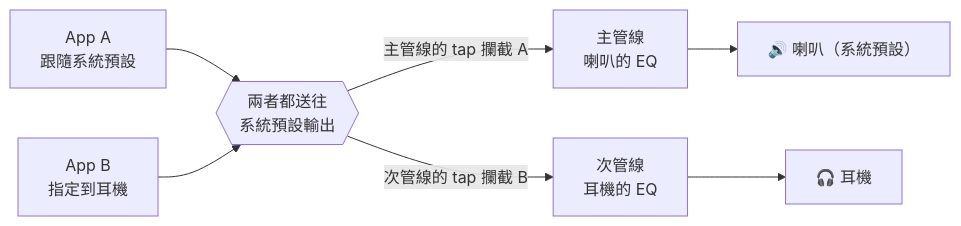
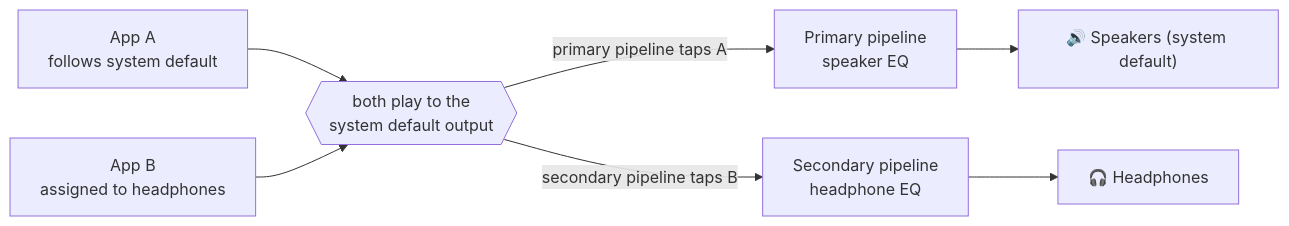
The second of 2 diagrams in README.md (kawaisumi/SoundDeck), drawn with Mermaid before and after one commit. The commit also changed other lines of this file and 1 other file, not shown here.

````diff
--- a/README.md
+++ b/README.md
@@ -200,10 +185,10 @@
 ```mermaid
 flowchart LR
-    A["App A<br/>跟隨系統預設"] --> DEF
-    B["App B<br/>指定到耳機"] --> DEF
-    DEF{{"兩者都送往<br/>系統預設輸出"}}
-    DEF -->|"主管線的 tap 攔截 A"| P1["主管線<br/>喇叭的 EQ"]
-    DEF -->|"次管線的 tap 攔截 B"| P2["次管線<br/>耳機的 EQ"]
-    P1 --> SPK["🔊 喇叭（系統預設）"]
-    P2 --> HP["🎧 耳機"]
+    A["App A<br/>follows system default"] --> DEF
+    B["App B<br/>assigned to headphones"] --> DEF
+    DEF{{"both play to the<br/>system default output"}}
+    DEF -->|"primary pipeline taps A"| P1["Primary pipeline<br/>speaker EQ"]
+    DEF -->|"secondary pipeline taps B"| P2["Secondary pipeline<br/>headphone EQ"]
+    P1 --> SPK["🔊 Speakers (system default)"]
+    P2 --> HP["🎧 Headphones"]
 ```
````
